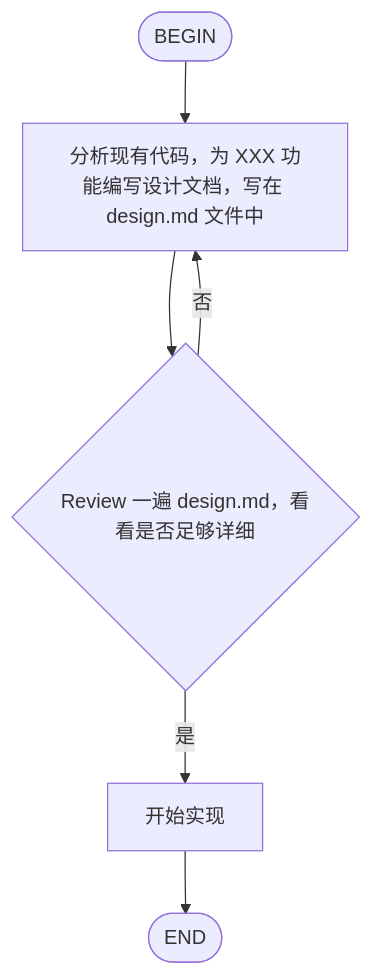
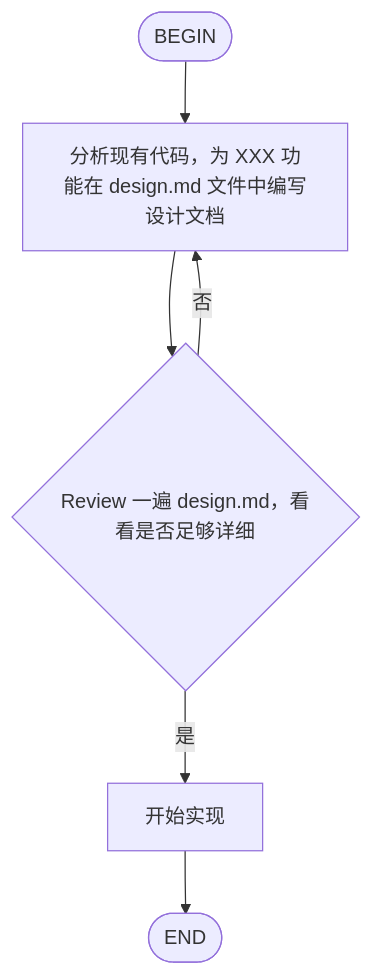
One commit to albertwyjoy-bit/OKbot changed the diagram in docs/zh/reference/kimi-command.md. Above: the diagram before and after it, drawn with Mermaid. The commit also changed other lines of this file and 11 other files, not shown here.

Commit message:
feat(flow): add D2 flowchart format support for Prompt Flow (#626)

````diff
--- a/docs/zh/reference/kimi-command.md
+++ b/docs/zh/reference/kimi-command.md
@@ -105,8 +117,8 @@
 ```mermaid
 flowchart TD
-    A([BEGIN]) --> B[分析现有代码，为 XXX 功能编写设计文档，写在 design.md 文件中]
-    B --> C{Review 一遍 design.md，看看是否足够详细}
-    C -->|是| D[开始实现]
-    C -->|否| B
-    D --> F([END])
+A([BEGIN]) --> B[分析现有代码，为 XXX 功能在 design.md 文件中编写设计文档]
+B --> C{Review 一遍 design.md，看看是否足够详细}
+C -->|是| D[开始实现]
+C -->|否| B
+D --> F([END])
 ```
````
